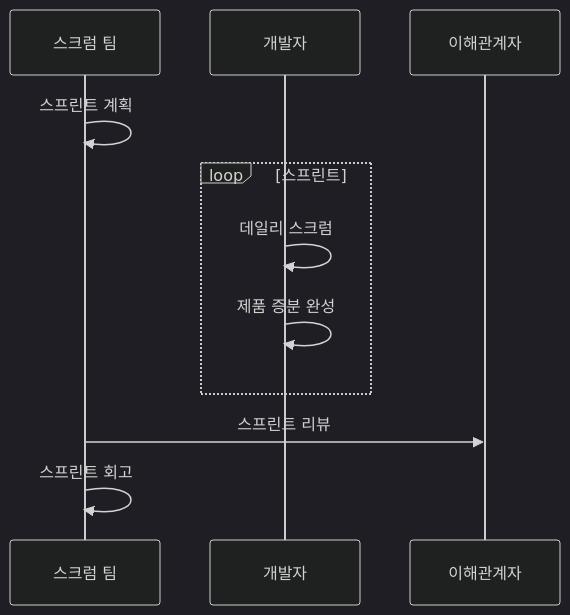
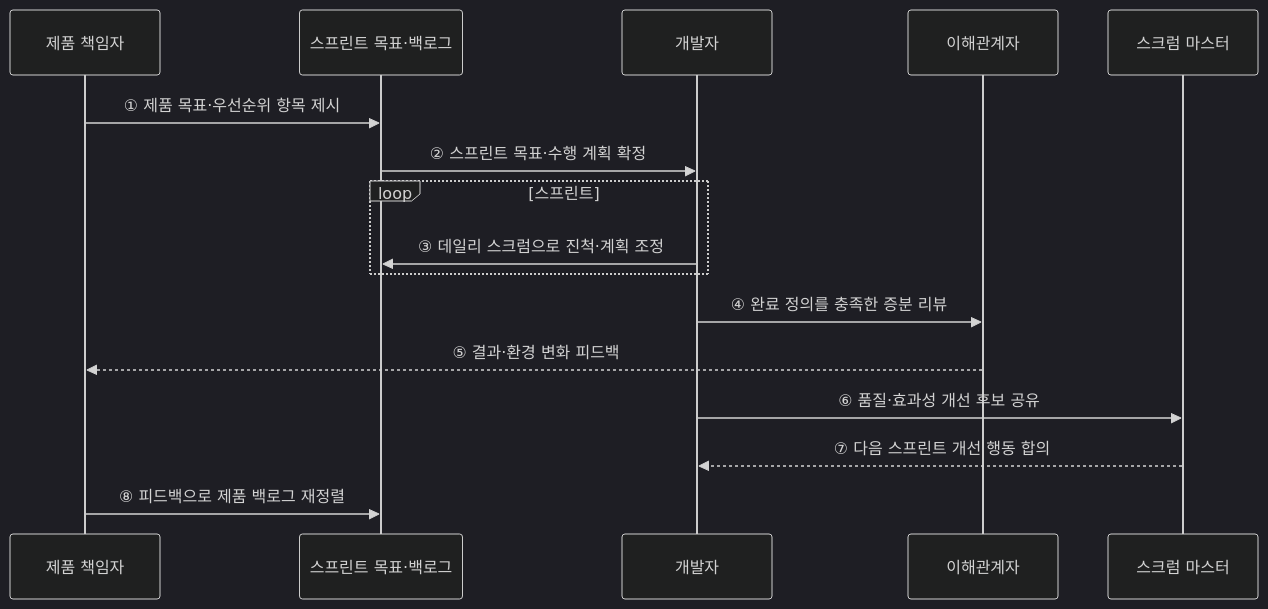
The second of 2 diagrams in src/content/docs/notes/03-software/032_agile_scrum.md (agnusdei1207/knowledge-base), drawn with Mermaid (dark theme) before and after one commit. The commit also changed other lines of this file and 20 other files, not shown here.

````diff
--- a/src/content/docs/notes/03-software/032_agile_scrum.md
+++ b/src/content/docs/notes/03-software/032_agile_scrum.md
@@ -99,13 +88,18 @@
 ```mermaid
 sequenceDiagram
-    participant T as 스크럼 팀
+    participant O as 제품 책임자
+    participant B as 스프린트 목표·백로그
     participant D as 개발자
     participant S as 이해관계자
-    T->>T: 스프린트 계획
+    participant M as 스크럼 마스터
+    O->>B: ① 제품 목표·우선순위 항목 제시
+    B->>D: ② 스프린트 목표·수행 계획 확정
     loop 스프린트
-        D->>D: 데일리 스크럼
-        D->>D: 제품 증분 완성
+        D->>B: ③ 데일리 스크럼으로 진척·계획 조정
     end
-    T->>S: 스프린트 리뷰
-    T->>T: 스프린트 회고
+    D->>S: ④ 완료 정의를 충족한 증분 리뷰
+    S-->>O: ⑤ 결과·환경 변화 피드백
+    D->>M: ⑥ 품질·효과성 개선 후보 공유
+    M-->>D: ⑦ 다음 스프린트 개선 행동 합의
+    O->>B: ⑧ 피드백으로 제품 백로그 재정렬
 ```
````
